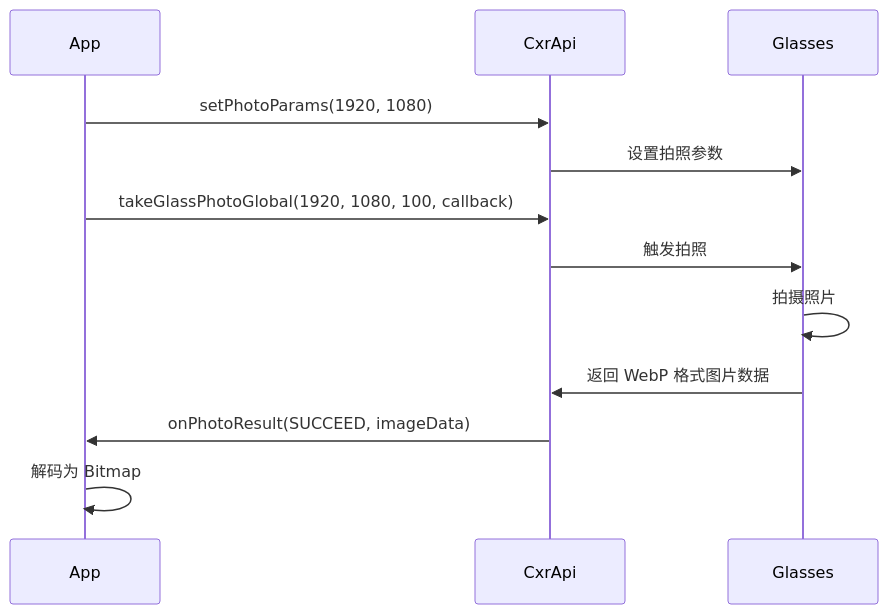
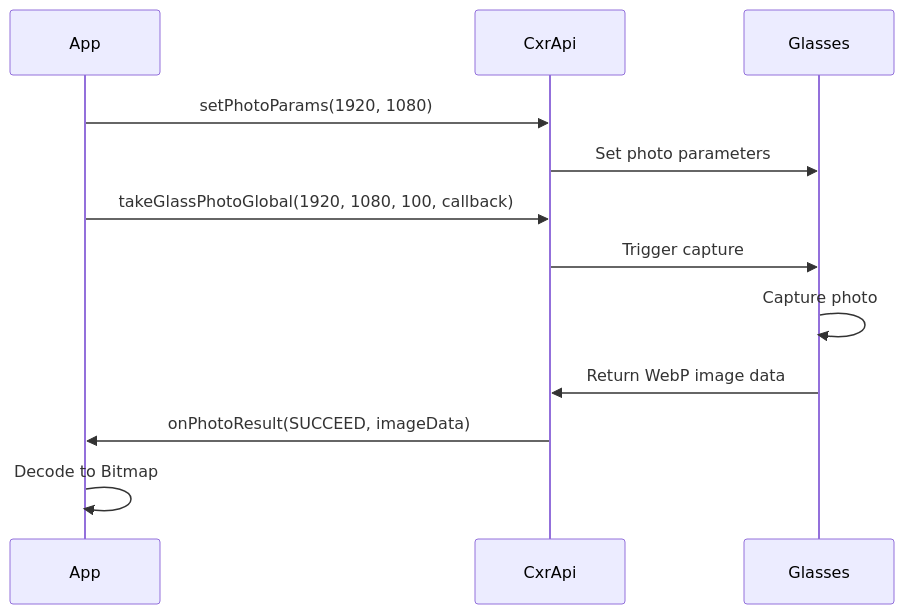
Before and after one commit to thuongtin/CXRMSamples1.0.3: the third of 7 diagrams in design.md, drawn with Mermaid. The commit also changed other lines of this file and 20 other files, not shown here.

````diff
--- a/design.md
+++ b/design.md
@@ -284,15 +284,15 @@
 ```mermaid
 sequenceDiagram
     participant App
     participant CxrApi
     participant Glasses
     
     App->>CxrApi: setPhotoParams(1920, 1080)
-    CxrApi->>Glasses: 设置拍照参数
+    CxrApi->>Glasses: Set photo parameters
     App->>CxrApi: takeGlassPhotoGlobal(1920, 1080, 100, callback)
-    CxrApi->>Glasses: 触发拍照
-    Glasses->>Glasses: 拍摄照片
-    Glasses->>CxrApi: 返回 WebP 格式图片数据
+    CxrApi->>Glasses: Trigger capture
+    Glasses->>Glasses: Capture photo
+    Glasses->>CxrApi: Return WebP image data
     CxrApi->>App: onPhotoResult(SUCCEED, imageData)
-    App->>App: 解码为 Bitmap
+    App->>App: Decode to Bitmap
 ```
````
